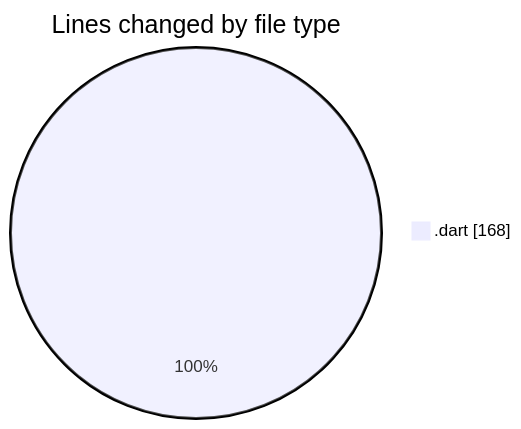
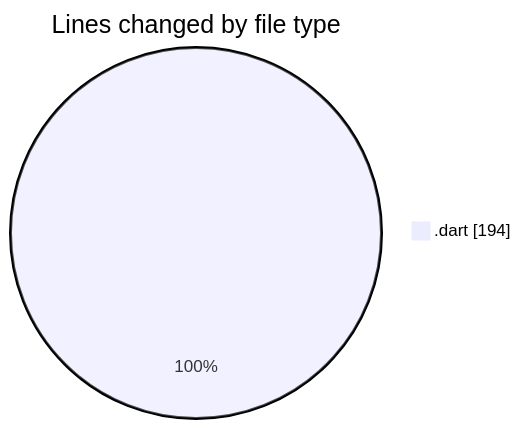
Before and after one commit to lephambinh05/code-tracking: the first of 2 diagrams in 2025-08-05/studybuddy/README.md, drawn with Mermaid. The commit also changed other lines of this file and 1 other file, not shown here.

````diff
--- a/2025-08-05/studybuddy/README.md
+++ b/2025-08-05/studybuddy/README.md
@@ -22,5 +23,5 @@
 ```mermaid
 pie showData
 title Lines changed by file type
-".dart" : 168
+".dart" : 194
 ```
````
